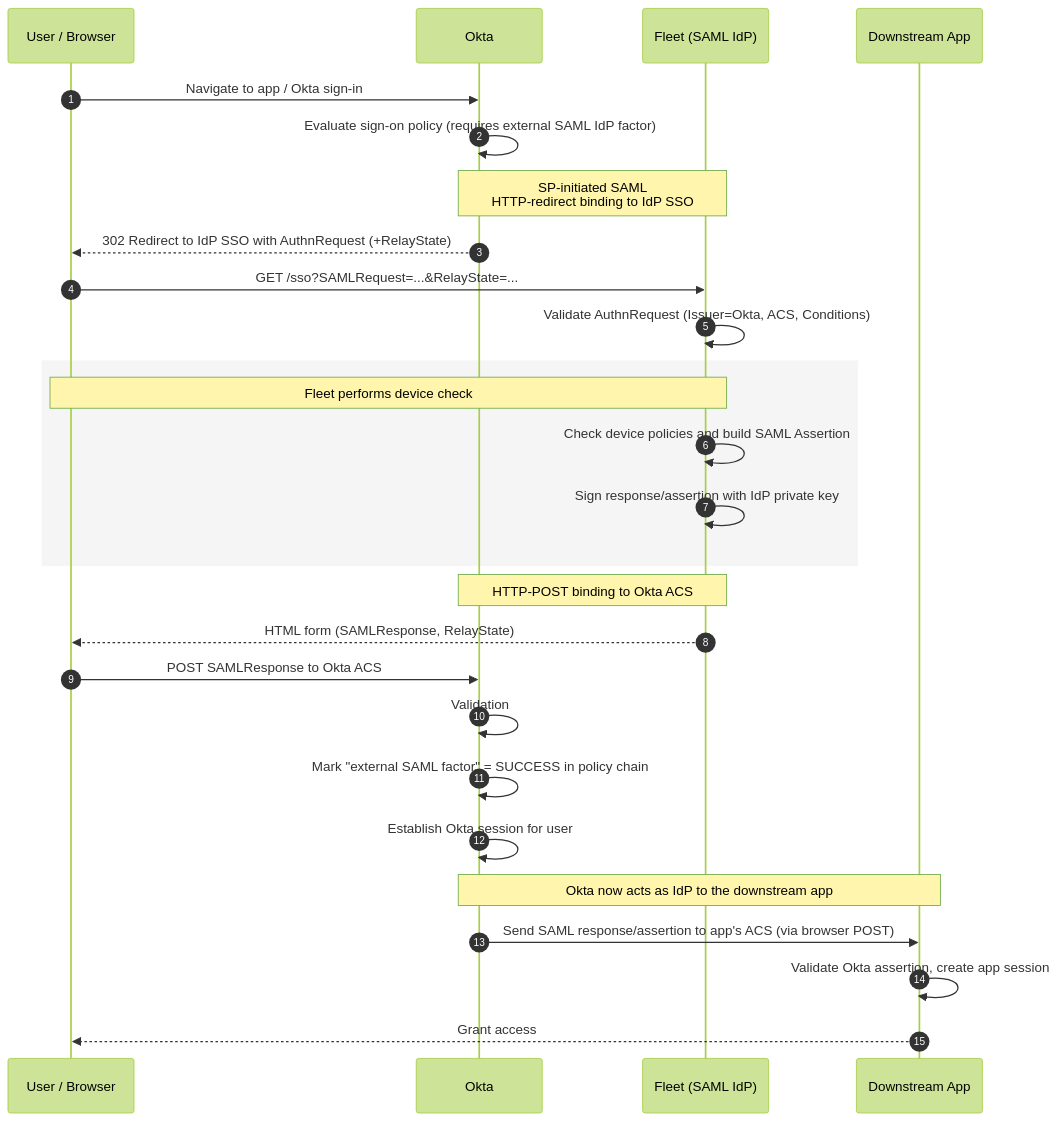
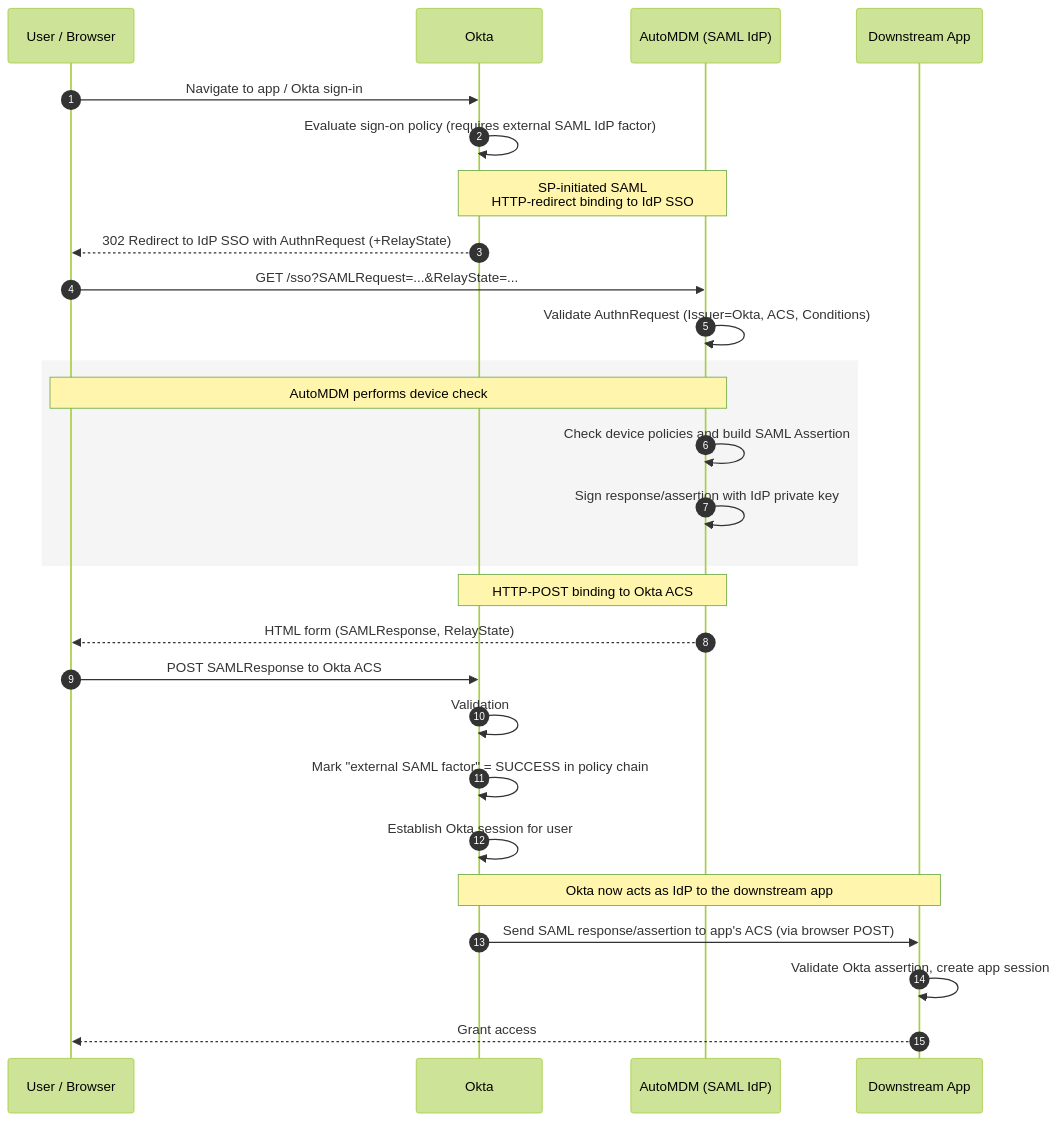
Before and after one commit to anilyagiz/AutoMDM: the third of 4 diagrams in docs/Contributing/authentication/okta-conditional-access.md, drawn with Mermaid (forest theme). The commit also changed other lines of this file and 7979 other files, not shown here.

First line of the commit message:
Rebrand Fleet as AutoMDM (mechanical pass)

````diff
--- a/docs/Contributing/authentication/okta-conditional-access.md
+++ b/docs/Contributing/authentication/okta-conditional-access.md
@@ -114,38 +114,38 @@
 ```mermaid
 sequenceDiagram
     autonumber
     participant U as User / Browser
     participant O as Okta
-    participant I as Fleet (SAML IdP)
+    participant I as AutoMDM (SAML IdP)
     participant A as Downstream App
 
     U->>O: Navigate to app / Okta sign-in
     O->>O: Evaluate sign-on policy (requires external SAML IdP factor)
 
     Note over O,I: SP-initiated SAML<br/>HTTP-redirect binding to IdP SSO
 
     O-->>U: 302 Redirect to IdP SSO with AuthnRequest (+RelayState)
     U->>I: GET /sso?SAMLRequest=...&RelayState=...
     I->>I: Validate AuthnRequest (Issuer=Okta, ACS, Conditions)
 
     rect rgb(245,245,245)
-    Note over U,I: Fleet performs device check
+    Note over U,I: AutoMDM performs device check
     I->>I: Check device policies and build SAML Assertion
     I->>I: Sign response/assertion with IdP private key
     end
 
     Note over I,O: HTTP-POST binding to Okta ACS
 
     I-->>U: HTML form (SAMLResponse, RelayState)
     U->>O: POST SAMLResponse to Okta ACS
 
     O->>O: Validation
     O->>O: Mark "external SAML factor" = SUCCESS in policy chain
     O->>O: Establish Okta session for user
 
     Note over O,A: Okta now acts as IdP to the downstream app
 
     O->>A: Send SAML response/assertion to app's ACS (via browser POST)
     A->>A: Validate Okta assertion, create app session
     A-->>U: Grant access
 ```
````
